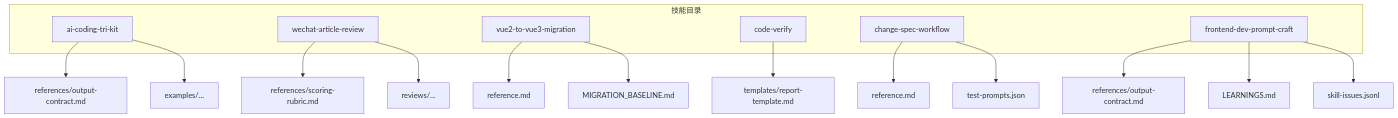
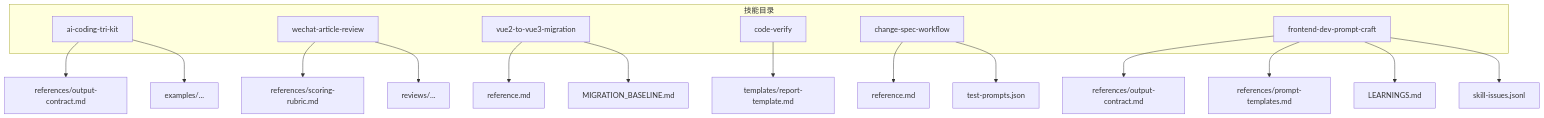
One commit to yangmeishux/frontend-team-marketplace changed the first of 9 diagrams in .qoder/repowiki/zh/content/现有技能示例/现有技能示例.md. Above: the diagram before and after it, drawn with Mermaid. The commit also changed other lines of this file and 4 other files, not shown here.

````diff
--- a/.qoder/repowiki/zh/content/现有技能示例/现有技能示例.md
+++ b/.qoder/repowiki/zh/content/现有技能示例/现有技能示例.md
@@ -54,23 +56,24 @@
 ```mermaid
 graph TB
 subgraph "技能目录"
 A["ai-coding-tri-kit"]
 B["wechat-article-review"]
 C["vue2-to-vue3-migration"]
 D["code-verify"]
 E["change-spec-workflow"]
 F["frontend-dev-prompt-craft"]
 end
 A --> A1["references/output-contract.md"]
 A --> A2["examples/..."]
 B --> B1["references/scoring-rubric.md"]
 B --> B2["reviews/..."]
 C --> C1["reference.md"]
 C --> C2["MIGRATION_BASELINE.md"]
 D --> D1["templates/report-template.md"]
 E --> E1["reference.md"]
 E --> E2["test-prompts.json"]
 F --> F1["references/output-contract.md"]
-F --> F2["LEARNINGS.md"]
-F --> F3["skill-issues.jsonl"]
+F --> F2["references/prompt-templates.md"]
+F --> F3["LEARNINGS.md"]
+F --> F4["skill-issues.jsonl"]
 ```
````
